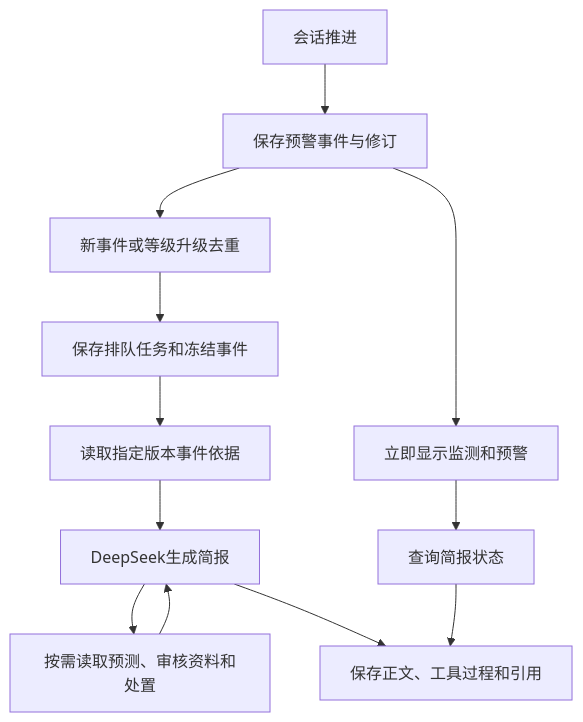
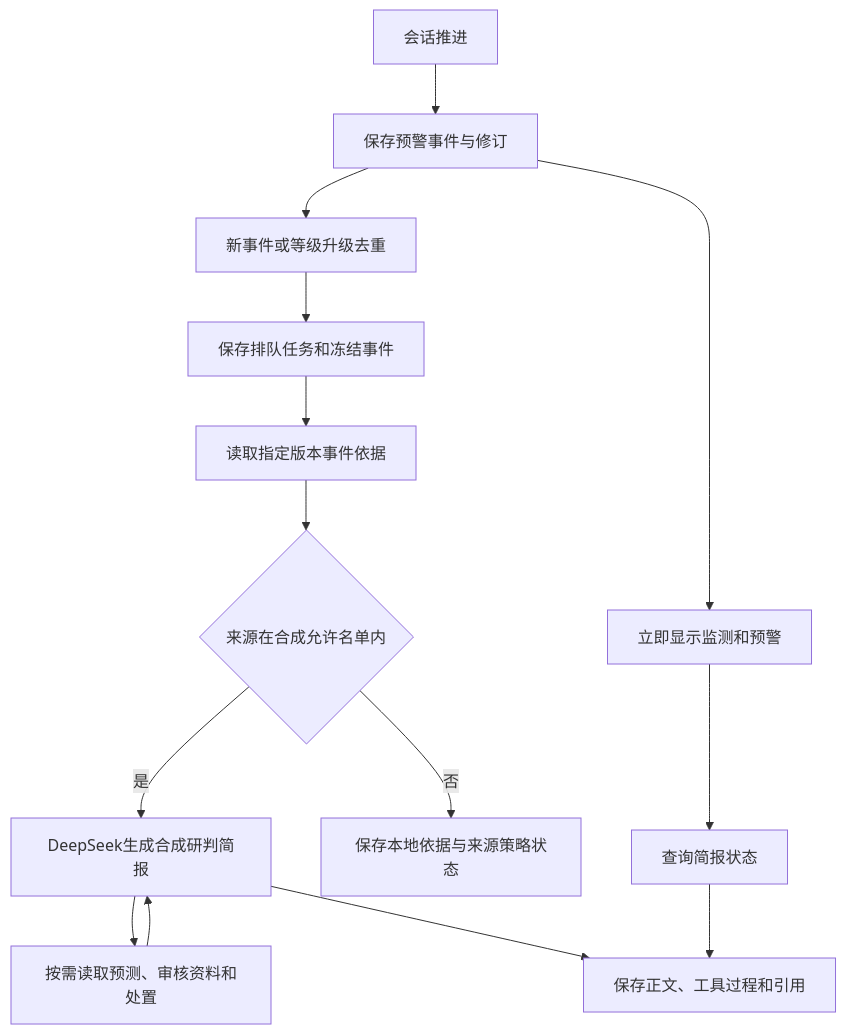
Before and after one commit to jiang0209f/coal-mine-gas-risk-agent: the diagram in docs/event-briefs.md, drawn with Mermaid. The commit also changed other lines of this file and 9 other files, not shown here.

````diff
--- a/docs/event-briefs.md
+++ b/docs/event-briefs.md
@@ -11,14 +11,16 @@
 ```mermaid
 flowchart TD
   Tick[会话推进] --> Alerts[保存预警事件与修订]
   Alerts --> Claim[新事件或等级升级去重]
   Alerts --> UI[立即显示监测和预警]
   Claim --> Task[保存排队任务和冻结事件]
   Task --> Evidence[读取指定版本事件依据]
-  Evidence --> Model[DeepSeek生成简报]
+  Evidence --> Gate{来源在合成允许名单内}
+  Gate -->|是| Model[DeepSeek生成合成研判简报]
+  Gate -->|否| Local[保存本地依据与来源策略状态]
   Model --> Read[按需读取预测、审核资料和处置]
   Read --> Model
   Model --> Save[保存正文、工具过程和引用]
   UI --> Poll[查询简报状态]
   Poll --> Save
 ```
````
